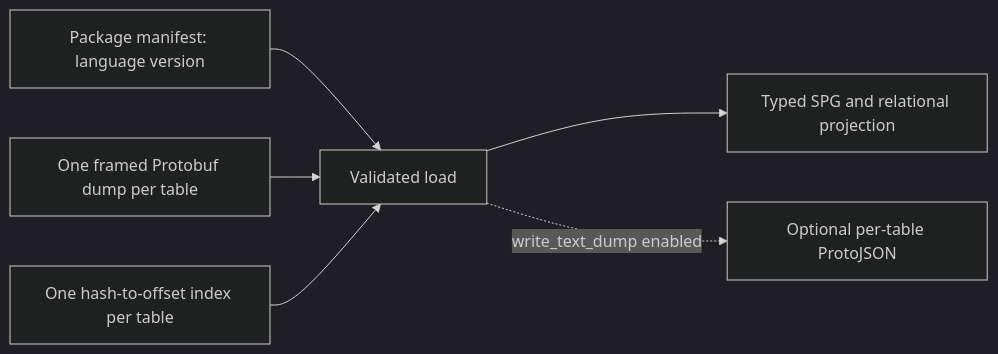
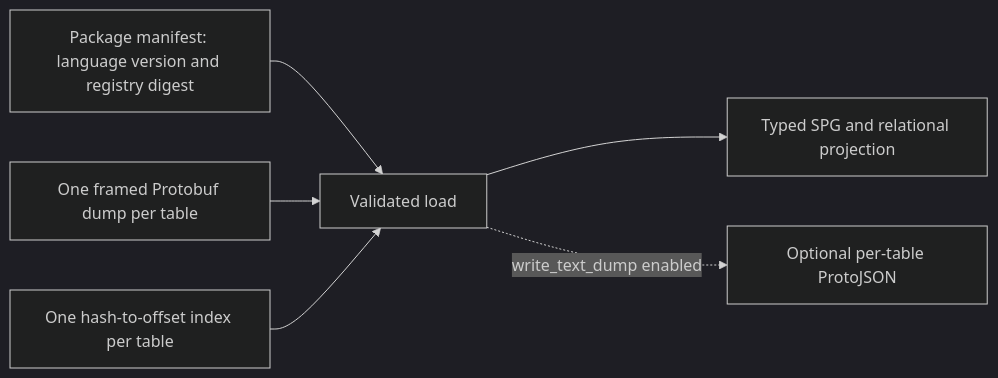
The second of 3 diagrams in draft/RFC.md (aivibeflow/LLMLang), drawn with Mermaid (dark theme) before and after one commit. The commit also changed other lines of this file and 244 other files, not shown here.

````diff
--- a/draft/RFC.md
+++ b/draft/RFC.md
@@ -61,8 +167,8 @@
 ```mermaid
 flowchart LR
-    P["Package manifest: language version"] --> L["Validated load"]
+    P["Package manifest: language version and registry digest"] --> L["Validated load"]
     D["One framed Protobuf dump per table"] --> L
     I["One hash-to-offset index per table"] --> L
     L --> S["Typed SPG and relational projection"]
     L -. "write_text_dump enabled" .-> J["Optional per-table ProtoJSON"]
 ```
````
